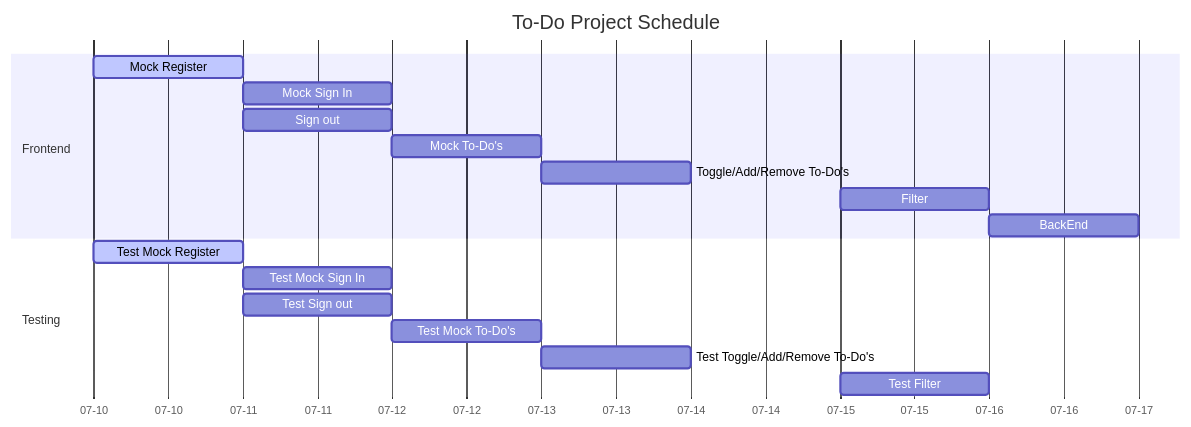
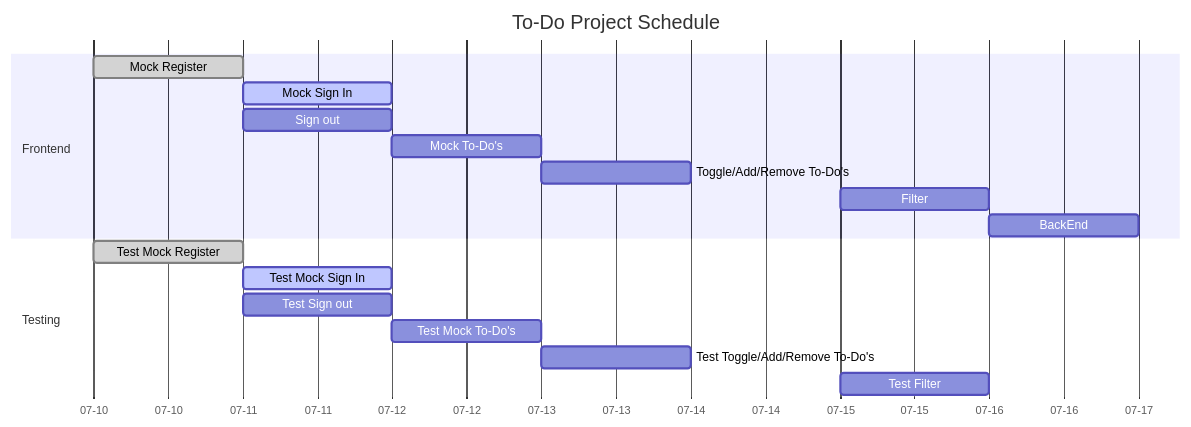
One commit to RafaelM011/ToDo-FrontEnd changed the diagram in README.md. Above: the diagram before and after it, drawn with Mermaid. The commit also changed other lines of this file and 16 other files, not shown here.

Commit message:
register modal test done

````diff
--- a/README.md
+++ b/README.md
@@ -23,23 +23,23 @@
 ```mermaid
     gantt 
         title To-Do Project Schedule
         dateFormat MM-DD
         axisFormat %m-%d
         
         section Frontend
-            Mock Register                   :active, 07-10, 1d
-            Mock Sign In                    :07-11, 1d
+            Mock Register                   :done, 07-10, 1d
+            Mock Sign In                    :active, 07-11, 1d
             Sign out                        :07-11, 1d
             Mock To-Do's                    :07-12, 1d
             Toggle/Add/Remove To-Do's       :07-13, 1d
             Filter                          :07-15, 1d
             BackEnd                         :07-16, 1d
 
         section Testing
-            Test Mock Register              :active, 07-10, 1d
-            Test Mock Sign In               :07-11, 1d
+            Test Mock Register              :done, 07-10, 1d
+            Test Mock Sign In               :active, 07-11, 1d
             Test Sign out                   :07-11, 1d
             Test Mock To-Do's               :07-12, 1d
             Test Toggle/Add/Remove To-Do's  :07-13, 1d
             Test Filter                     :07-15,1d
 ```
````
